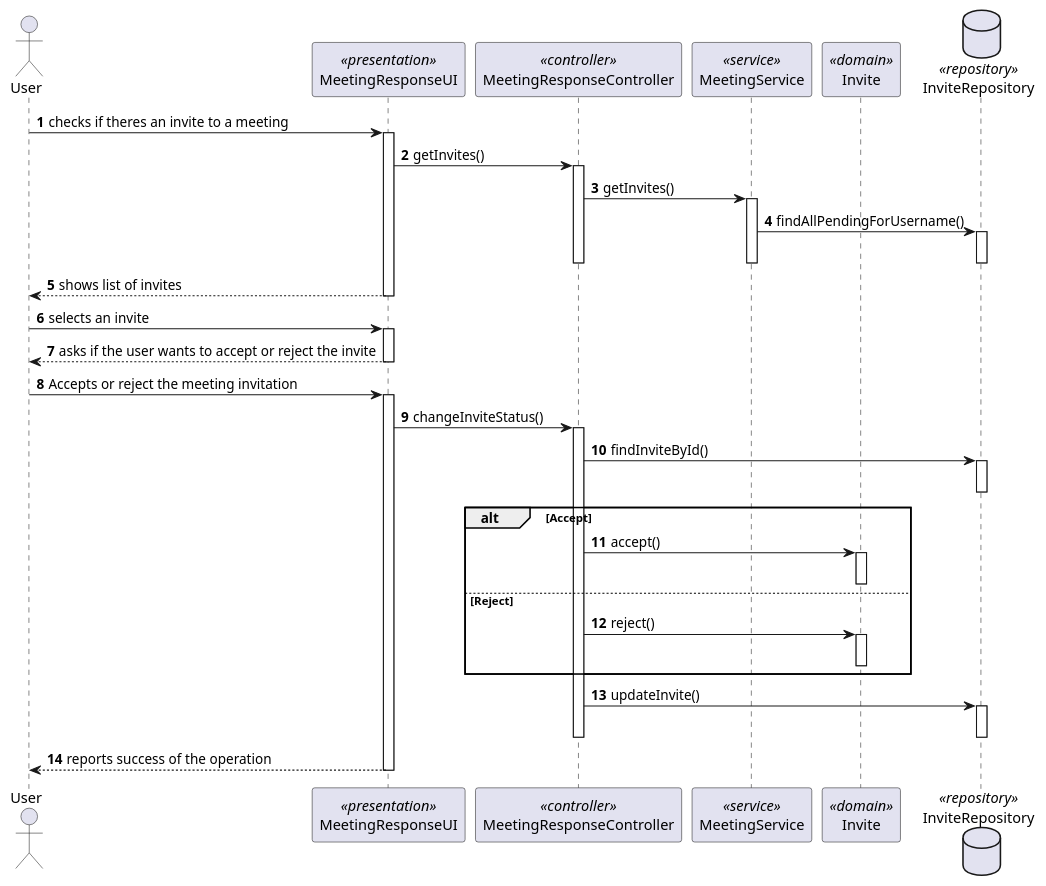
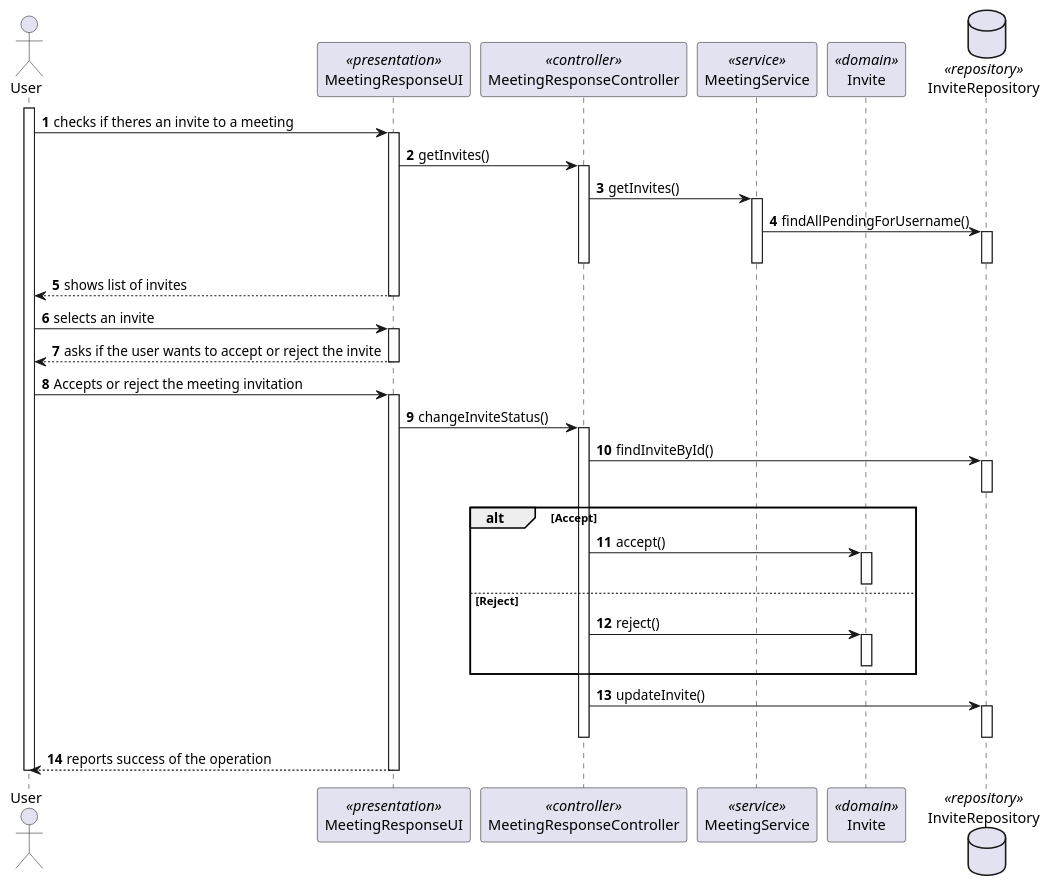
The diagram in docs/sprint-c/us41-4003/US4003_SD.puml (miseEnPlace-dev/lapr4), drawn with PlantUML before and after one commit. The commit also changed 1 other file, not shown here.

```diff
--- a/docs/sprint-c/us41-4003/US4003_SD.puml
+++ b/docs/sprint-c/us41-4003/US4003_SD.puml
@@ -1,70 +1,71 @@
 @startuml US4003_SD
 autonumber
 
 actor "User" as U
 
 participant "MeetingResponseUI" as UI <<presentation>>
 participant "MeetingResponseController" as CTRL <<controller>>
 participant "MeetingService" as MS <<service>>
 participant "Invite" as INV <<domain>>
 
 database InviteRepository as IR <<repository>>
+
+activate U
 
 U -> UI : checks if theres an invite to a meeting
 activate UI
 
 UI -> CTRL : getInvites()
 activate CTRL
 
 CTRL -> MS : getInvites()
 activate MS
 
 MS -> IR : findAllPendingForUsername()
 activate IR
 deactivate IR
 
 deactivate MS
 deactivate CTRL
 
 UI --> U : shows list of invites
 deactivate UI
 
 U -> UI : selects an invite
 activate UI
 
 UI --> U : asks if the user wants to accept or reject the invite
 deactivate UI
 
 U -> UI : Accepts or reject the meeting invitation
 activate UI
 
 UI -> CTRL : changeInviteStatus()
 activate CTRL
 
 CTRL -> IR : findInviteById()
 activate IR
 deactivate IR
 
 alt Accept
     CTRL -> INV : accept()
     activate INV
     deactivate INV
 else Reject
     CTRL -> INV : reject()
     activate INV
     deactivate INV
 end
 
 CTRL -> IR : updateInvite()
 activate IR
 deactivate IR
 
 deactivate CTRL
 
 UI --> U : reports success of the operation
 deactivate UI
 
-
-
+deactivate U
 
 @enduml
```
